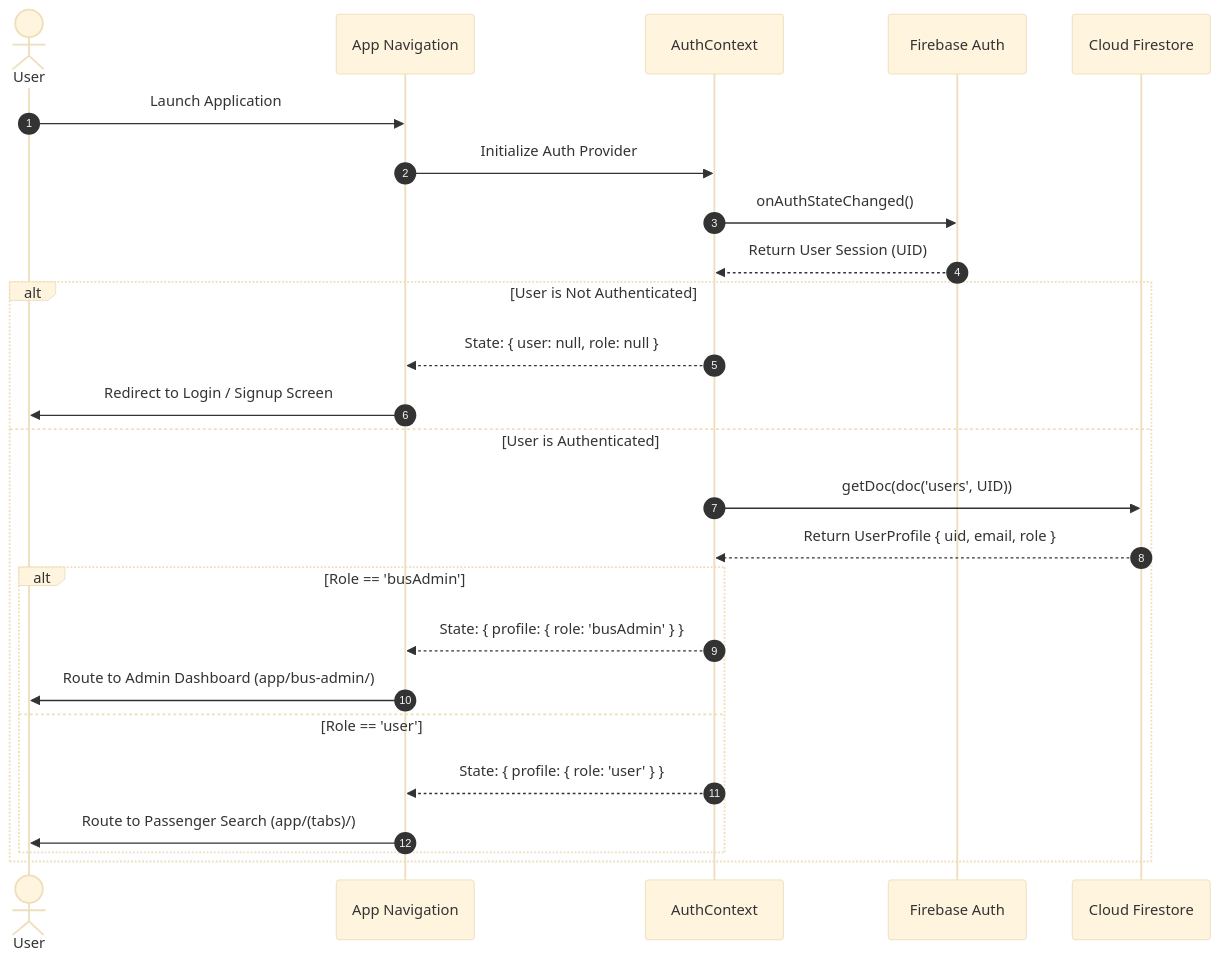
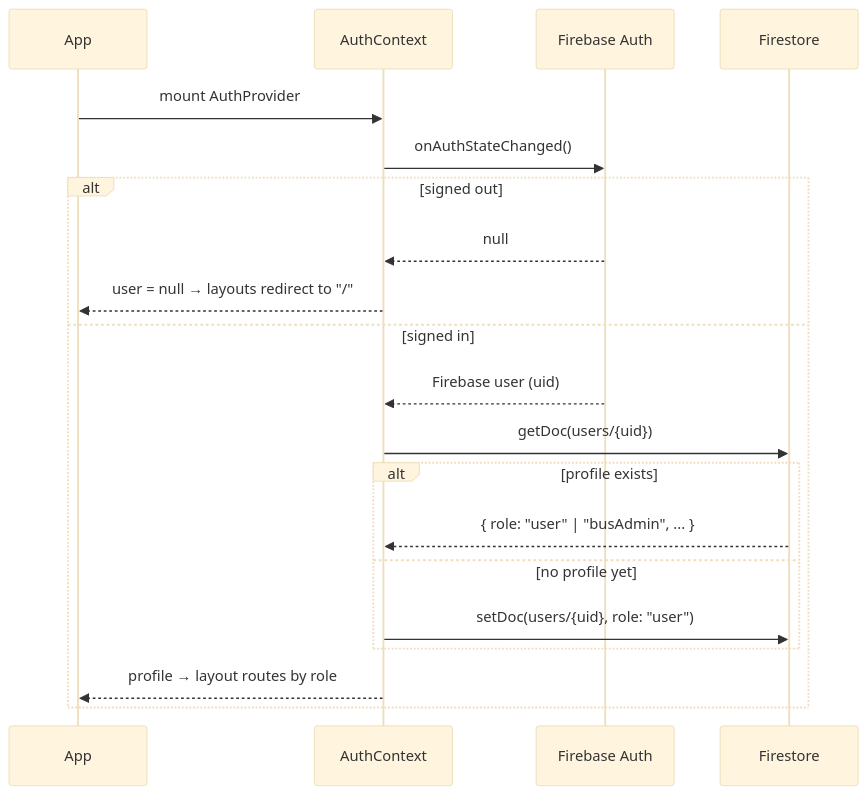
The third of 6 diagrams in README.md (rizwimohdaltamash/Go-Bus-React-Native), drawn with Mermaid (base theme) before and after one commit. The commit also changed other lines of this file, not shown here.

````diff
--- a/README.md
+++ b/README.md
@@ -116,30 +153,23 @@
 ```mermaid
 sequenceDiagram
-    autonumber
-    actor User
-    participant App as App Navigation
-    participant Auth as AuthContext
-    participant FB as Firebase Auth
-    participant DB as Cloud Firestore
+    participant App
+    participant Ctx as AuthContext
+    participant FA as Firebase Auth
+    participant FS as Firestore
 
-    User->>App: Launch Application
-    App->>Auth: Initialize Auth Provider
-    Auth->>FB: onAuthStateChanged()
-    FB-->>Auth: Return User Session (UID)
-    
-    alt User is Not Authenticated
-        Auth-->>App: State: { user: null, role: null }
-        App->>User: Redirect to Login / Signup Screen
-    else User is Authenticated
-        Auth->>DB: getDoc(doc('users', UID))
-        DB-->>Auth: Return UserProfile { uid, email, role }
-        
-        alt Role == 'busAdmin'
-            Auth-->>App: State: { profile: { role: 'busAdmin' } }
-            App->>User: Route to Admin Dashboard (app/bus-admin/)
-        else Role == 'user'
-            Auth-->>App: State: { profile: { role: 'user' } }
-            App->>User: Route to Passenger Search (app/(tabs)/)
+    App->>Ctx: mount AuthProvider
+    Ctx->>FA: onAuthStateChanged()
+    alt signed out
+        FA-->>Ctx: null
+        Ctx-->>App: user = null → layouts redirect to "/"
+    else signed in
+        FA-->>Ctx: Firebase user (uid)
+        Ctx->>FS: getDoc(users/{uid})
+        alt profile exists
+            FS-->>Ctx: { role: "user" | "busAdmin", ... }
+        else no profile yet
+            Ctx->>FS: setDoc(users/{uid}, role: "user")
         end
+        Ctx-->>App: profile → layout routes by role
     end
 ```
````
